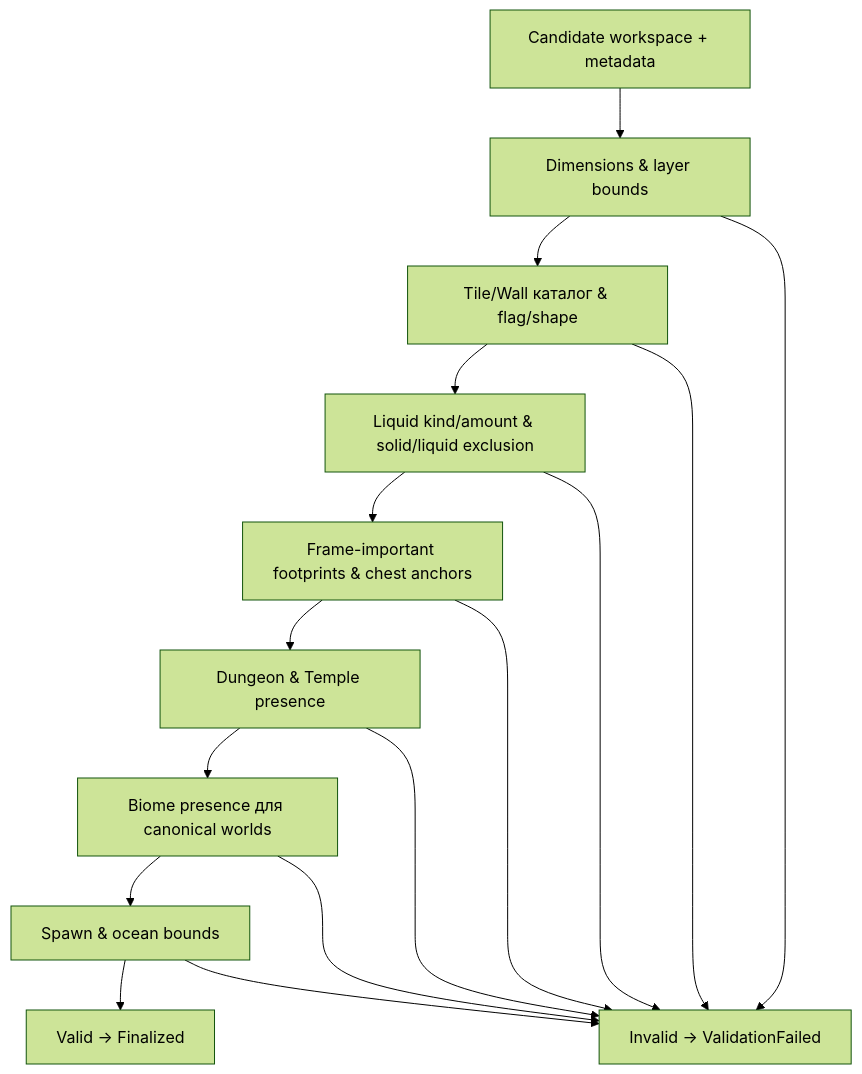
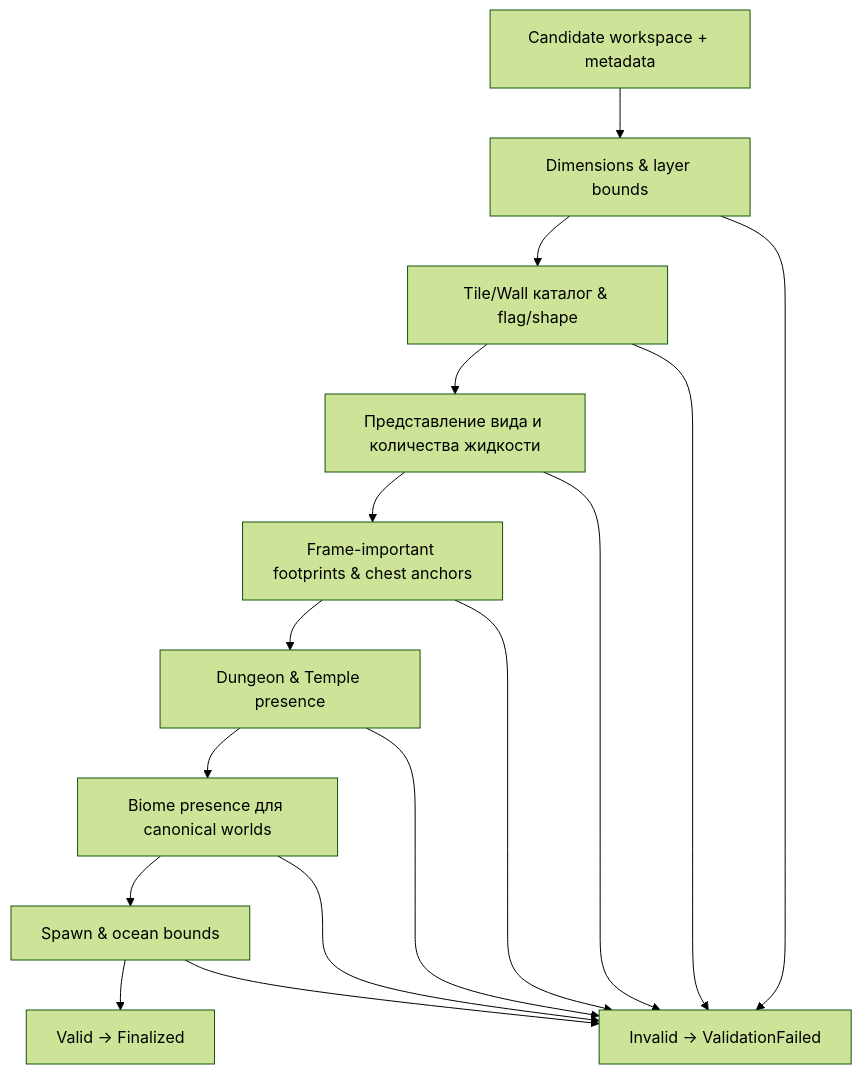
Before and after one commit to VegaKernel/TerraRuntime: the fifth of 5 diagrams in docs/ru/world-generation.md, drawn with Mermaid (forest theme). The commit also changed other lines of this file and 59 other files, not shown here.

````diff
--- a/docs/ru/world-generation.md
+++ b/docs/ru/world-generation.md
@@ -203,18 +203,18 @@
 ```mermaid
 flowchart TD
     Candidate["Candidate workspace + metadata"] --> Dimensions["Dimensions & layer bounds"]
     Dimensions --> Tiles["Tile/Wall каталог & flag/shape"]
-    Tiles --> Liquids["Liquid kind/amount & solid/liquid exclusion"]
+    Tiles --> Liquids["Представление вида и количества жидкости"]
     Liquids --> Objects["Frame-important footprints & chest anchors"]
     Objects --> Dungeon["Dungeon & Temple presence"]
     Dungeon --> Biomes["Biome presence для canonical worlds"]
     Biomes --> Spawn["Spawn & ocean bounds"]
     Spawn --> Valid["Valid → Finalized"]
     Dimensions --> Invalid["Invalid → ValidationFailed"]
     Tiles --> Invalid
     Liquids --> Invalid
     Objects --> Invalid
     Dungeon --> Invalid
     Biomes --> Invalid
     Spawn --> Invalid
 ```
````
